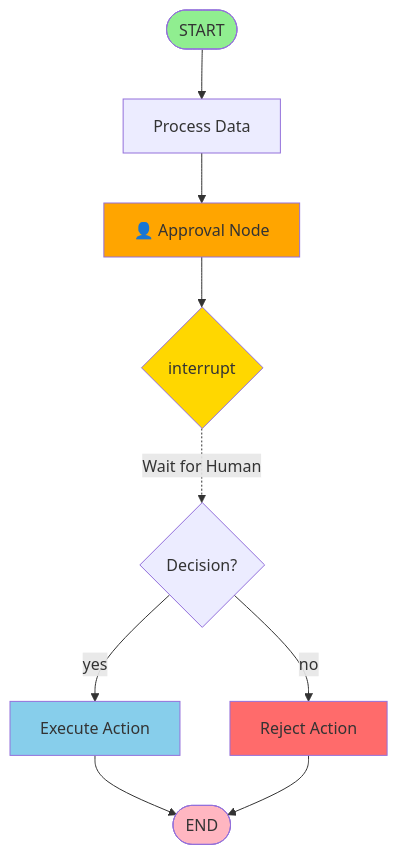
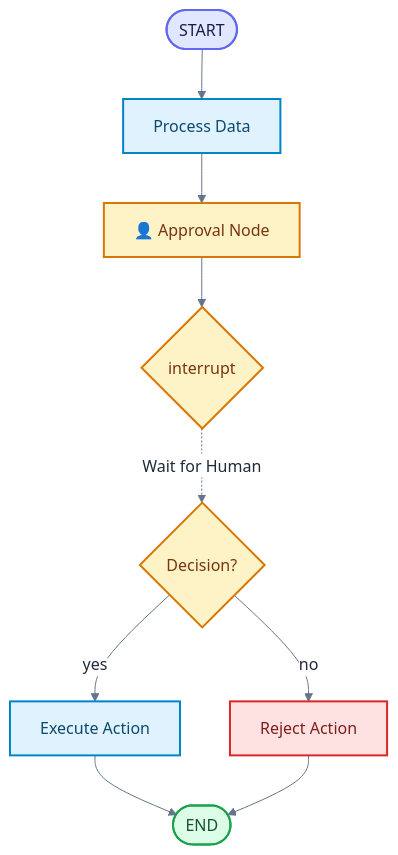
One commit to ralf-42/GenAI changed the sixth of 7 diagrams in docs/06-frameworks/einsteiger-langgraph.md. Above: the diagram before and after it, drawn with Mermaid. The commit also changed other lines of this file and 25 other files, not shown here.

````diff
--- a/docs/06-frameworks/einsteiger-langgraph.md
+++ b/docs/06-frameworks/einsteiger-langgraph.md
@@ -506,18 +596,39 @@
 ```mermaid
+---
+config:
+  theme: base
+  look: classic
+  themeVariables:
+    primaryColor: '#e0f2fe'
+    primaryBorderColor: '#0284c7'
+    primaryTextColor: '#1e293b'
+    lineColor: '#64748b'
+    clusterBkg: '#f8fafc'
+    clusterBorder: '#cbd5e1'
+    noteBkgColor: '#fef3c7'
+    noteBorderColor: '#d97706'
+    noteTextColor: '#78350f'
+    edgeLabelBackground: '#ffffff'
+---
+
 flowchart TB
     START([START]) --> NODE1[Process Data]
     NODE1 --> APPROVAL[👤 Approval Node]
     APPROVAL --> INTERRUPT{interrupt}
     INTERRUPT -.Wait for Human.-> DECISION{Decision?}
     DECISION -->|yes| EXECUTE[Execute Action]
     DECISION -->|no| REJECT[Reject Action]
     EXECUTE --> END([END])
     REJECT --> END
 
-    style START fill:#90EE90
-    style END fill:#FFB6C1
-    style APPROVAL fill:#FFA500
-    style INTERRUPT fill:#FFD700
-    style EXECUTE fill:#87CEEB
-    style REJECT fill:#ff6b6b
+%% Funktionsfarben nach Mermaid_Best_Practices.md
+classDef default fill:#e0f2fe,stroke:#0284c7,stroke-width:2px,color:#0c4a6e;
+classDef input fill:#e0e7ff,stroke:#6366f1,stroke-width:2px,color:#1e1b4b;
+classDef metric fill:#fef3c7,stroke:#d97706,stroke-width:2px,color:#78350f;
+classDef output fill:#dcfce7,stroke:#16a34a,stroke-width:2px,color:#14532d;
+classDef stop fill:#fee2e2,stroke:#dc2626,stroke-width:2px,color:#7f1d1d;
+class START input;
+class APPROVAL,INTERRUPT,DECISION metric;
+class END output;
+class REJECT stop;
 ```
````
